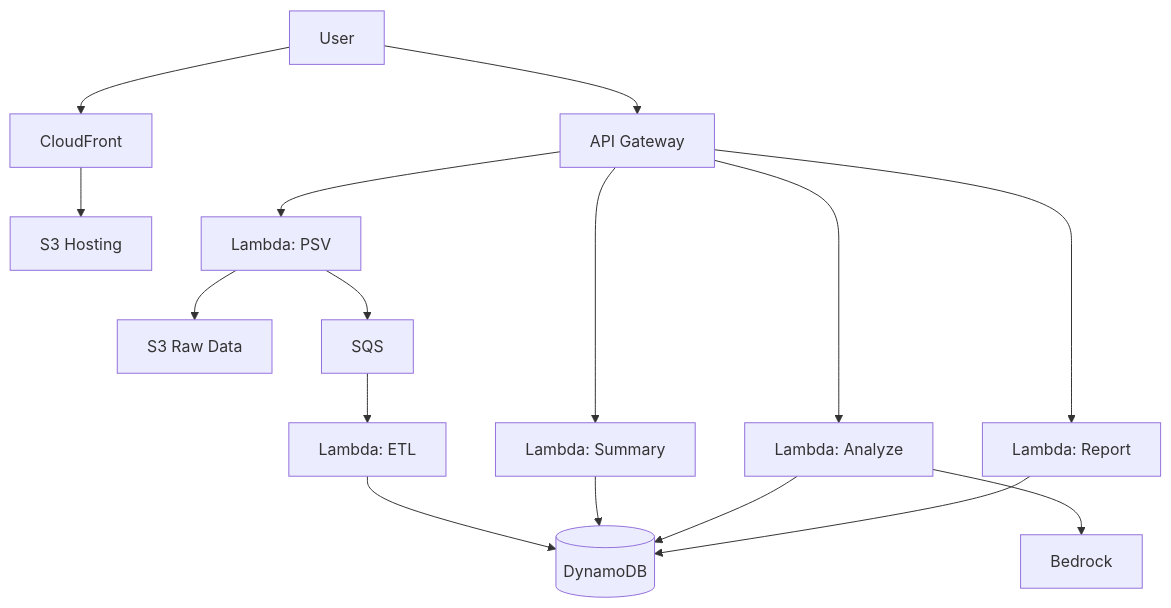
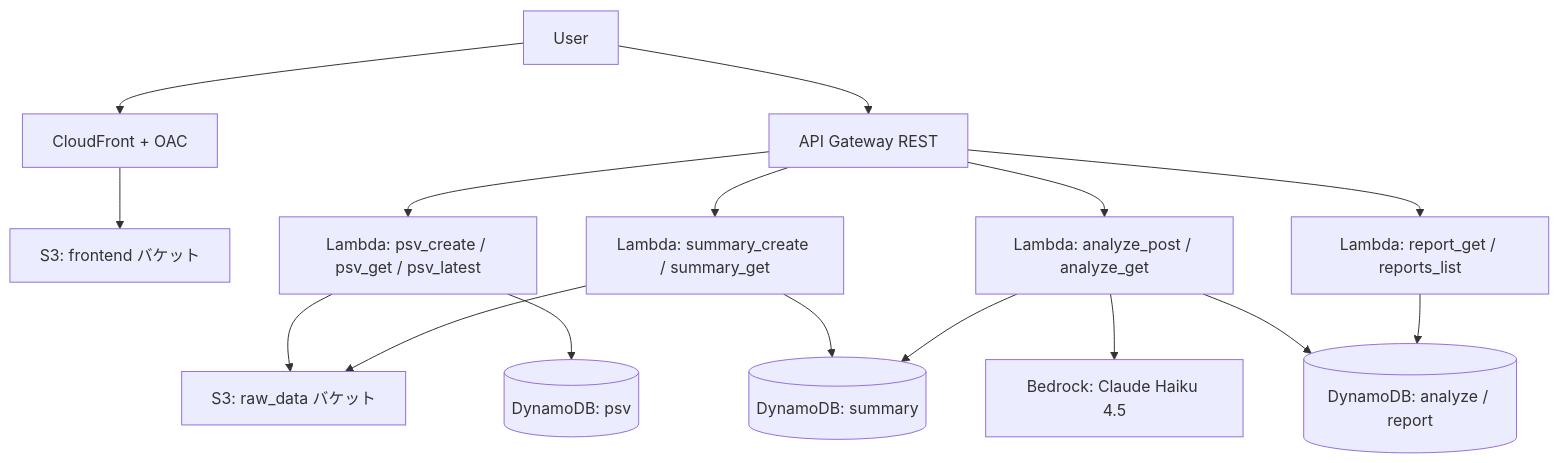
Before and after one commit to yonegen0/kakeibo_app: the first of 4 diagrams in 詳細設計書.md, drawn with Mermaid. The commit also changed other lines of this file and 14 other files, not shown here.

````diff
--- a/詳細設計書.md
+++ b/詳細設計書.md
@@ -37,24 +39,24 @@
 ```mermaid
 graph TD
-    U[User] --> CF[CloudFront]
-    CF --> S3H[S3 Hosting]
+    U[User] --> CF[CloudFront + OAC]
+    CF --> S3F[S3: frontend バケット]
 
-    U --> APIGW[API Gateway]
+    U --> APIGW[API Gateway REST]
 
-    APIGW --> L1[Lambda: PSV]
-    APIGW --> L2[Lambda: Summary]
-    APIGW --> L3[Lambda: Analyze]
-    APIGW --> L4[Lambda: Report]
+    APIGW --> L1[Lambda: psv_create / psv_get / psv_latest]
+    APIGW --> L2[Lambda: summary_create / summary_get]
+    APIGW --> L3[Lambda: analyze_post / analyze_get]
+    APIGW --> L4[Lambda: report_get / reports_list]
 
-    L1 --> S3D[S3 Raw Data]
-    L1 --> SQS[SQS]
+    L1 --> S3R[S3: raw_data バケット]
+    L1 --> DDB[(DynamoDB: psv)]
 
-    SQS --> L_ETL[Lambda: ETL]
-    L_ETL --> DDB[(DynamoDB)]
+    L2 --> S3R
+    L2 --> DDB2[(DynamoDB: summary)]
 
-    L2 --> DDB
-    L3 --> DDB
-    L3 --> Bedrock
-    L4 --> DDB
+    L3 --> DDB2
+    L3 --> Bedrock[Bedrock: Claude Haiku 4.5]
+    L3 --> DDB3[(DynamoDB: analyze / report)]
 
+    L4 --> DDB3
 ```
````
